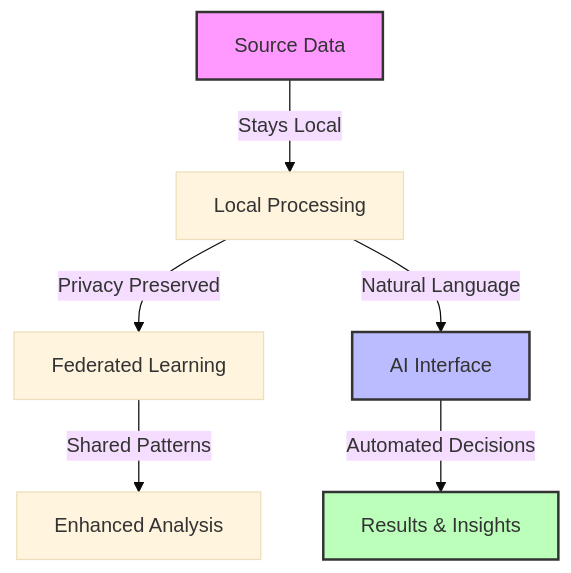
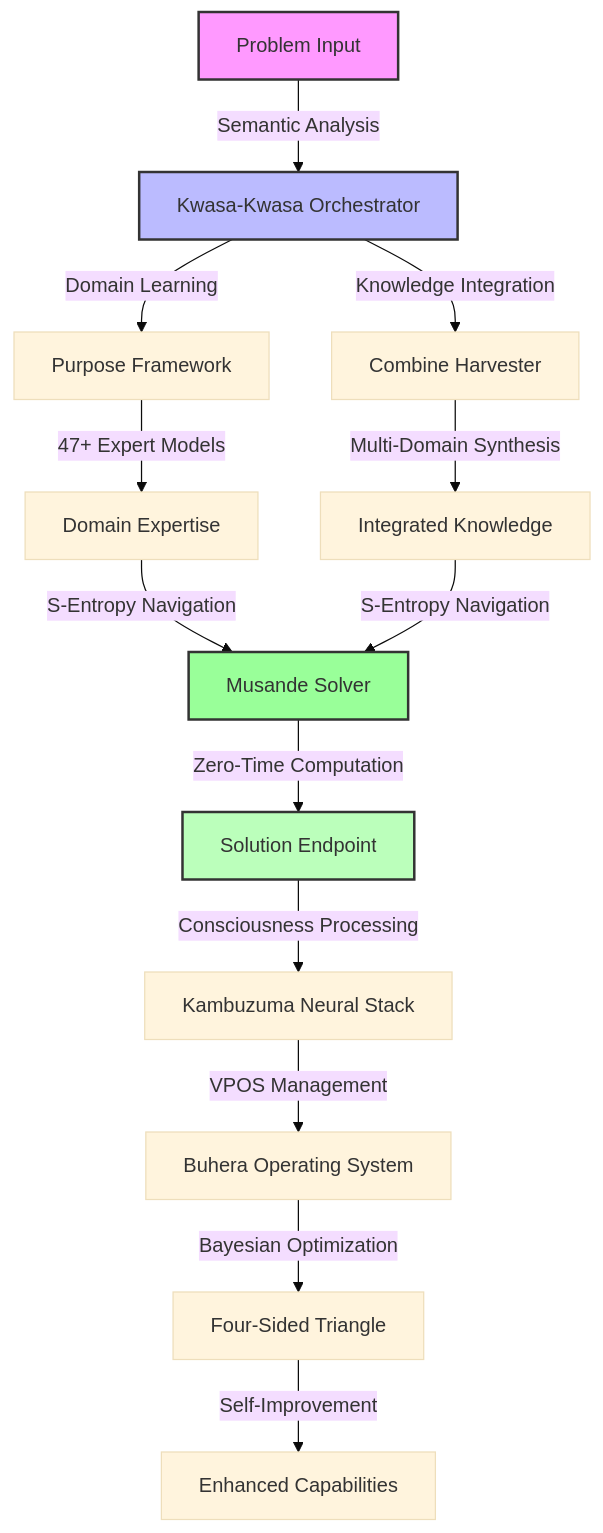
The first of 4 diagrams in README.md (fullscreen-triangle/bloodhound), drawn with Mermaid (base theme) before and after one commit. The commit also changed other lines of this file and 31 other files, not shown here.

````diff
--- a/README.md
+++ b/README.md
@@ -17,12 +54,20 @@
 ```mermaid
 graph TD
-    A[Source Data] -->|Stays Local| B[Local Processing]
-    B -->|Privacy Preserved| C[Federated Learning]
-    B -->|Natural Language| D[AI Interface]
-    C -->|Shared Patterns| E[Enhanced Analysis]
-    D -->|Automated Decisions| F[Results & Insights]
+    A[Problem Input] -->|Semantic Analysis| B[Kwasa-Kwasa Orchestrator]
+    B -->|Domain Learning| C[Purpose Framework]
+    B -->|Knowledge Integration| D[Combine Harvester]
+    C -->|47+ Expert Models| E[Domain Expertise]
+    D -->|Multi-Domain Synthesis| F[Integrated Knowledge]
+    E -->|S-Entropy Navigation| G[Musande Solver]
+    F -->|S-Entropy Navigation| G
+    G -->|Zero-Time Computation| H[Solution Endpoint]
+    H -->|Consciousness Processing| I[Kambuzuma Neural Stack]
+    I -->|VPOS Management| J[Buhera Operating System]
+    J -->|Bayesian Optimization| K[Four-Sided Triangle]
+    K -->|Self-Improvement| L[Enhanced Capabilities]
     
     style A fill:#f9f,stroke:#333,stroke-width:2px
-    style D fill:#bbf,stroke:#333,stroke-width:2px
-    style F fill:#bfb,stroke:#333,stroke-width:2px
+    style B fill:#bbf,stroke:#333,stroke-width:2px
+    style G fill:#9f9,stroke:#333,stroke-width:2px
+    style H fill:#bfb,stroke:#333,stroke-width:2px
 ```
````
